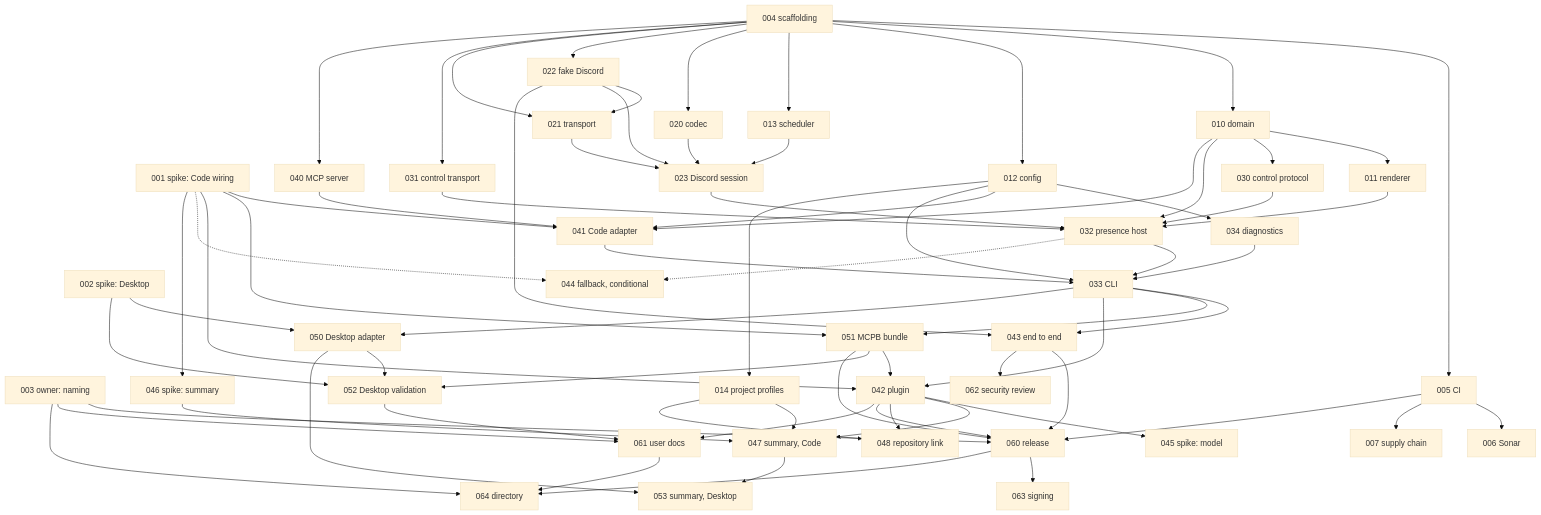
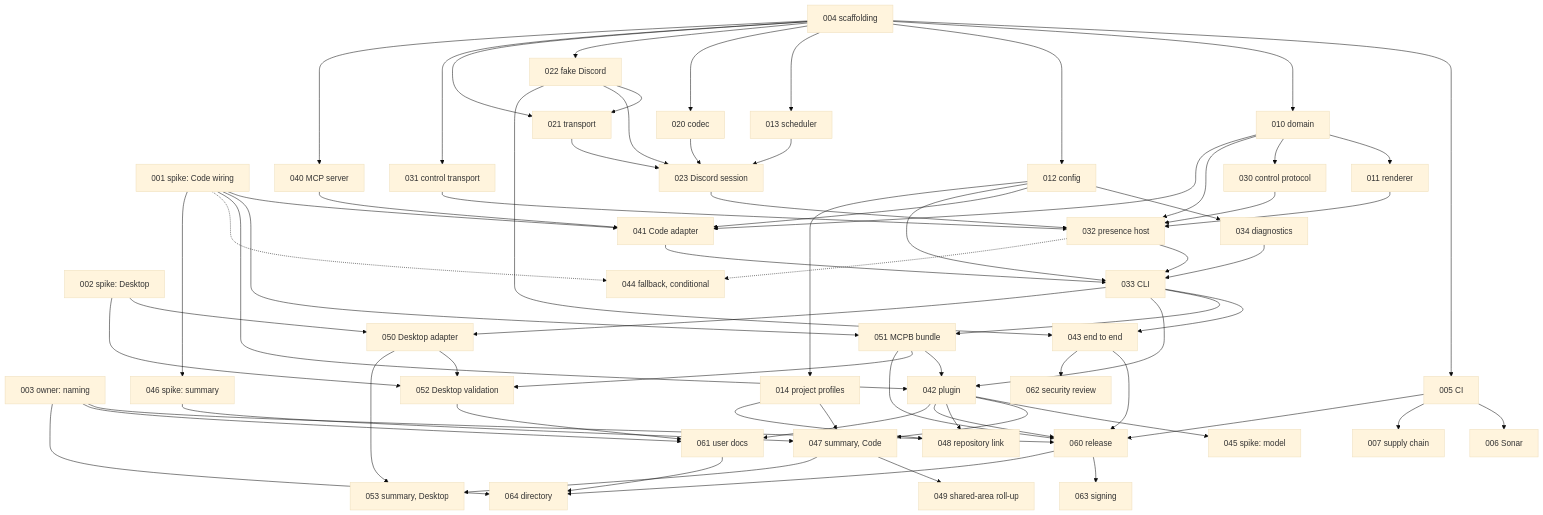
The diagram in docs/tickets/README.md (Zafnok/claude-rich-presence), drawn with Mermaid (base theme) before and after one commit. The commit also changed other lines of this file and 9 other files, not shown here.

First line of the commit message:
docs: make summaries stable and add a shared-area roll-up

````diff
--- a/docs/tickets/README.md
+++ b/docs/tickets/README.md
@@ -86,70 +87,71 @@
 ```mermaid
 flowchart TD
     C001["001 spike: Code wiring"]
     C002["002 spike: Desktop"]
     C003["003 owner: naming"]
     C004["004 scaffolding"]
     C004 --> C005["005 CI"] --> C006["006 Sonar"]
     C005 --> C007["007 supply chain"]
     C004 --> C010["010 domain"] --> C011["011 renderer"]
     C004 --> C012["012 config"] --> C034["034 diagnostics"]
     C004 --> C013["013 scheduler"]
     C004 --> C020["020 codec"]
     C004 --> C022["022 fake Discord"] --> C021["021 transport"]
     C004 --> C021
     C004 --> C031["031 control transport"]
     C004 --> C040["040 MCP server"]
     C010 --> C030["030 control protocol"]
     C013 --> C023["023 Discord session"]
     C020 --> C023
     C021 --> C023
     C022 --> C023
     C010 --> C032["032 presence host"]
     C011 --> C032
     C023 --> C032
     C030 --> C032
     C031 --> C032
     C001 --> C041["041 Code adapter"]
     C010 --> C041
     C012 --> C041
     C040 --> C041
     C012 --> C033["033 CLI"]
     C032 --> C033
     C034 --> C033
     C041 --> C033
     C022 --> C043["043 end to end"]
     C033 --> C043
     C001 --> C051["051 MCPB bundle"]
     C033 --> C051
     C001 --> C042["042 plugin"]
     C033 --> C042
     C051 --> C042
     C002 --> C050["050 Desktop adapter"]
     C033 --> C050
     C002 --> C052["052 Desktop validation"]
     C050 --> C052
     C051 --> C052
     C001 -.-> C044["044 fallback, conditional"]
     C032 -.-> C044
     C042 --> C045["045 spike: model"]
     C001 --> C046["046 spike: summary"] --> C047["047 summary, Code"]
     C042 --> C047
     C012 --> C014["014 project profiles"] --> C047
     C014 --> C048["048 repository link"]
     C042 --> C048
+    C047 --> C049["049 shared-area roll-up"]
     C047 --> C053["053 summary, Desktop"]
     C050 --> C053
     C003 --> C060["060 release"]
     C005 --> C060
     C042 --> C060
     C043 --> C060
     C051 --> C060
     C003 --> C061["061 user docs"]
     C042 --> C061
     C052 --> C061
     C043 --> C062["062 security review"]
     C060 --> C063["063 signing"]
     C003 --> C064["064 directory"]
     C060 --> C064
     C061 --> C064
 ```
````
